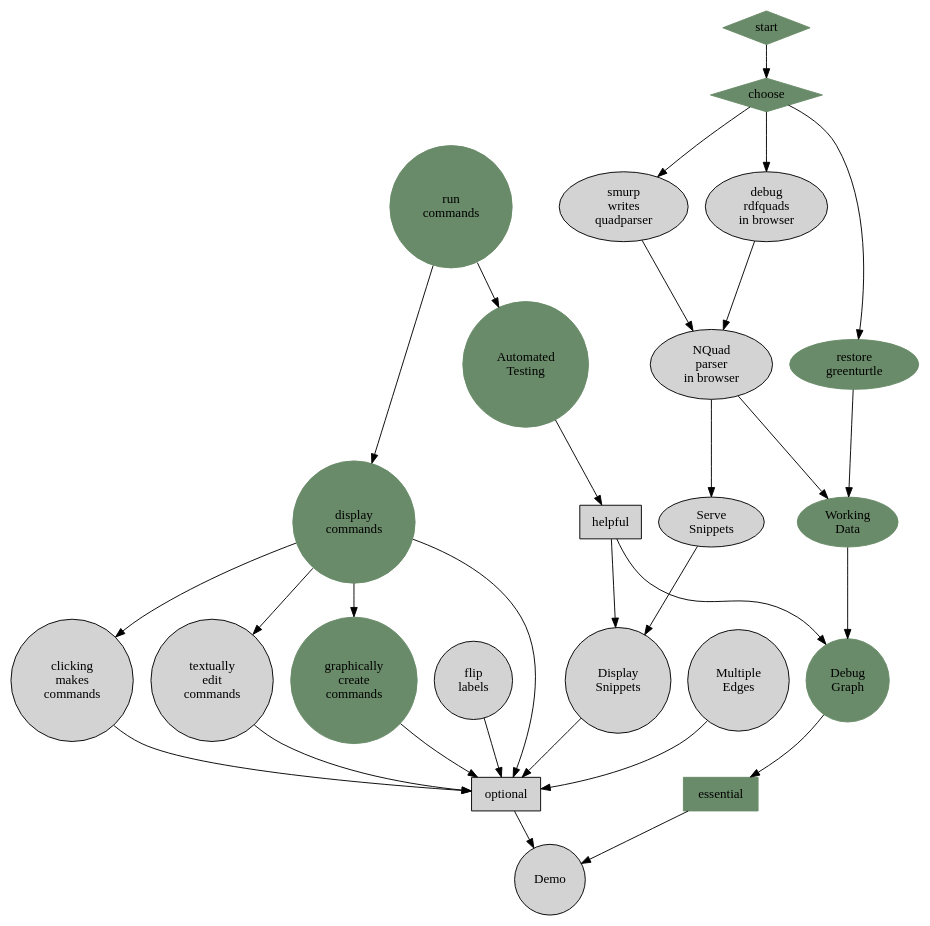
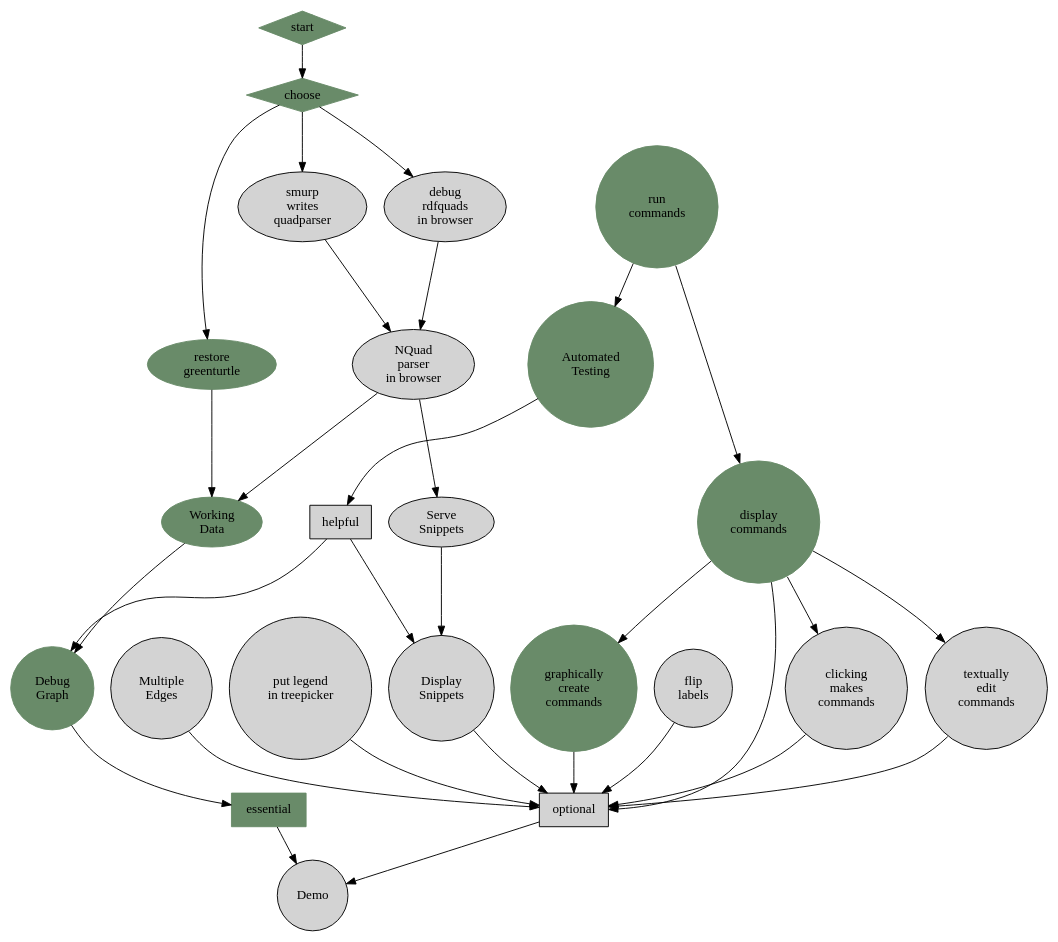
One commit to smurp/huviz changed the diagram in docs/dependencies.dot. Above: the diagram before and after it, drawn with Graphviz. The commit also changed 1 other file, not shown here.

Commit message:
add put legend in treepicker

```diff
--- a/docs/dependencies.dot
+++ b/docs/dependencies.dot
@@ -1,91 +1,94 @@
 /*
 
    dot -T pdf -o dependencies.pdf dependencies.dot
    dot -T svg -o dependencies.svg dependencies.dot 
 
    See:
      http://www.graphviz.org/content/cluster
 
    NODE_A   enables   NODE_B;
    serve      ->      display;
 */
 
 digraph huviz_plan {
 	node [ style = filled ];
 	randkdir=LR;
 
 	subgraph qp {
 		 color=lightgrey;
 		 style=filled;
 		 label="NQuad parser";
 		 rdfquads;
 		 smurpquads;
 		 greenturtle;
 	}
 
         rdfquads[label="debug\nrdfquads\nin browser"];
 	smurpquads[label="smurp\nwrites\nquadparser"];
 
 	smurpquads -> quadpars;
 	rdfquads -> quadpars;
 	quadpars[label="NQuad\nparser\nin browser"];
 	greenturtle[label="restore\ngreenturtle",color=darkseagreen4];
 	greenturtle -> workdata;
 	
 	workdata[label="Working\nData",color=darkseagreen4];
 	start[shape=Mdiamond,color=darkseagreen4];
 	pickpath[label="choose",shape=diamond,color=darkseagreen4];
 	start -> pickpath;
 	pickpath -> smurpquads;
 	pickpath -> rdfquads;
 	pickpath -> greenturtle;
 	quadpars -> workdata;
 
 	quadpars -> servsnip;
 
 	node [shape = circle];
 	dg[label="Debug\nGraph",color=darkseagreen4];
         testing[label="Automated\nTesting",color=darkseagreen4];
         essential[color=darkseagreen4,shape=rect];
 	helpful[shape=rect];
 	optional[shape=rect];
 	essential -> Demo;
 	optional -> Demo;
 	dispsnip -> optional;
 	
 	workdata -> dg;
 
 	servsnip -> dispsnip;
 	
 	dispsnip[label="Display\nSnippets"];
     	servsnip[label="Serve\nSnippets"];
 	me[label="Multiple\nEdges"];
 	dg -> essential;
 	me -> optional;
 	runcom[label="run\ncommands",color=darkseagreen4];
 	runcom -> dispcom;
         runcom -> testing;
         testing -> helpful;
 	helpful -> dispsnip;
         helpful -> dg;
 
+	treepicklegend[label="put legend\nin treepicker"];
+        treepicklegend -> optional;
+
 	dispcom[label="display\ncommands",color=darkseagreen4];
 
 	clkcom[label="clicking\nmakes\ncommands"];
 	dispcom -> clkcom;
 
 	txtedcom[label="textually\nedit\ncommands"];
         dispcom -> txtedcom;
 
 	gredcom[label="graphically\ncreate\ncommands",color=darkseagreen4];
 	dispcom -> gredcom;
 	
 	fliplabels[label="flip\nlabels"];
         fliplabels  -> optional;
 
 	dispcom -> optional;
 	txtedcom -> optional;
 	gredcom -> optional;
 	clkcom -> optional;
 
 }
```
